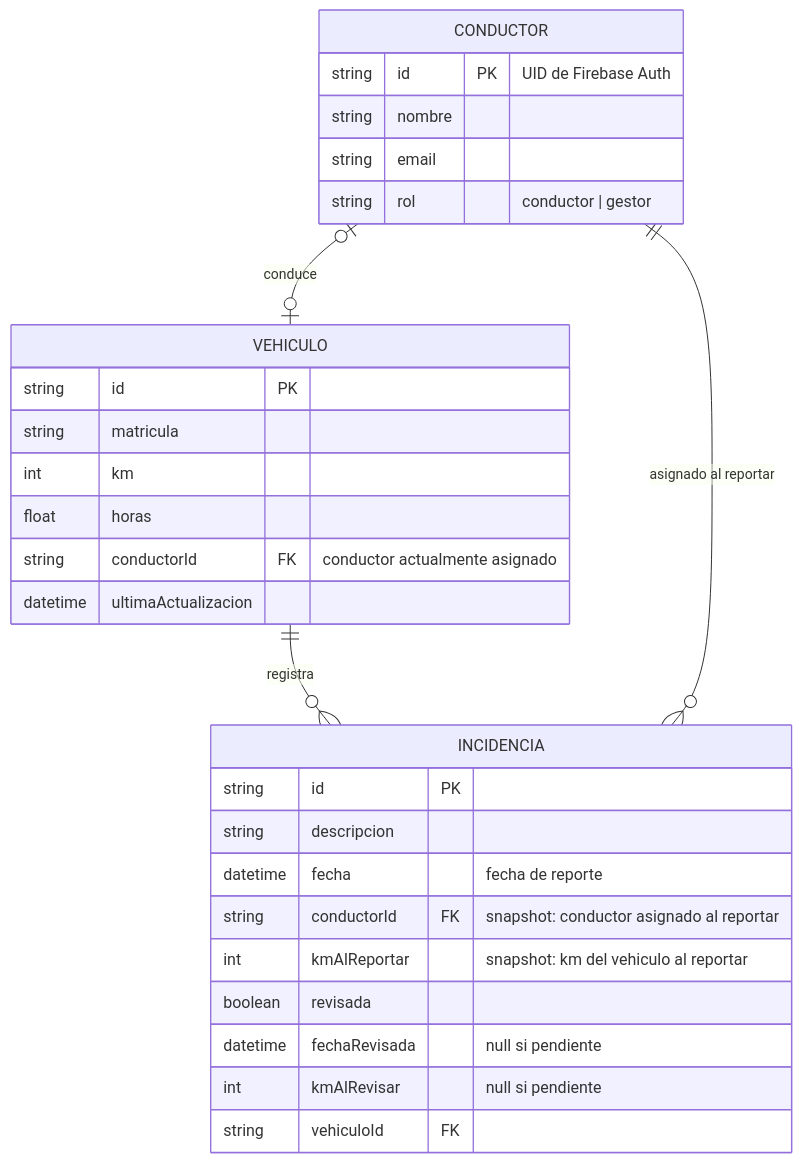
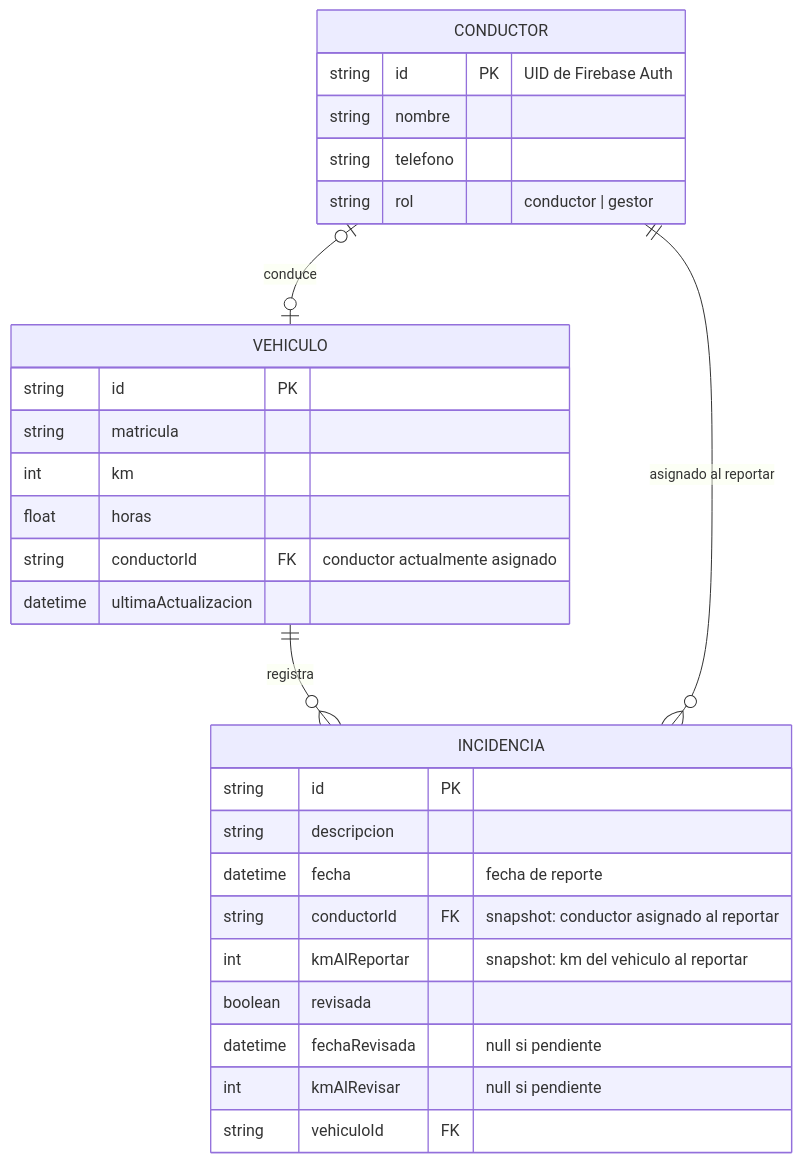
Before and after one commit to noeparamenos/garage-base: the diagram in docs/data-model.md, drawn with Mermaid. The commit also changed other lines of this file and 7 other files, not shown here.

````diff
--- a/docs/data-model.md
+++ b/docs/data-model.md
@@ -7,32 +7,32 @@
 ```mermaid
 erDiagram
     CONDUCTOR |o--o| VEHICULO : "conduce"
     VEHICULO ||--o{ INCIDENCIA : "registra"
     CONDUCTOR ||--o{ INCIDENCIA : "asignado al reportar"
 
     CONDUCTOR {
         string id PK "UID de Firebase Auth"
         string nombre
-        string email
+        string telefono
         string rol "conductor | gestor"
     }
     VEHICULO {
         string id PK
         string matricula
         int km
         float horas
         string conductorId FK "conductor actualmente asignado"
         datetime ultimaActualizacion
     }
     INCIDENCIA {
         string id PK
         string descripcion
         datetime fecha "fecha de reporte"
         string conductorId FK "snapshot: conductor asignado al reportar"
         int kmAlReportar "snapshot: km del vehiculo al reportar"
         boolean revisada
         datetime fechaRevisada "null si pendiente"
         int kmAlRevisar "null si pendiente"
         string vehiculoId FK
     }
 ```
````
